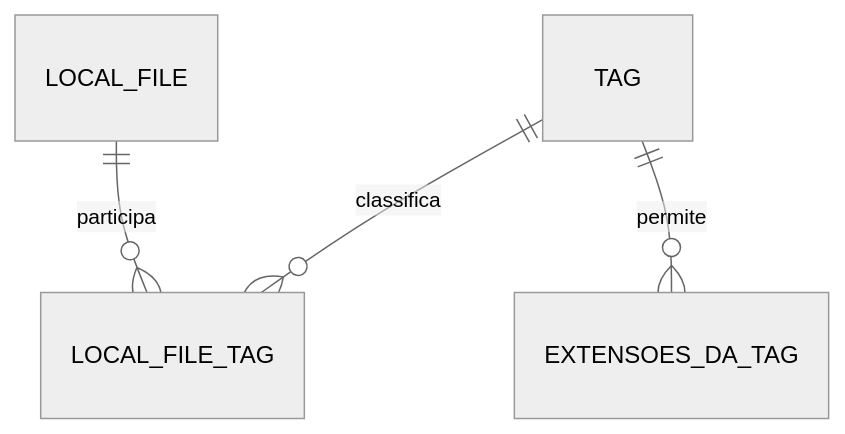
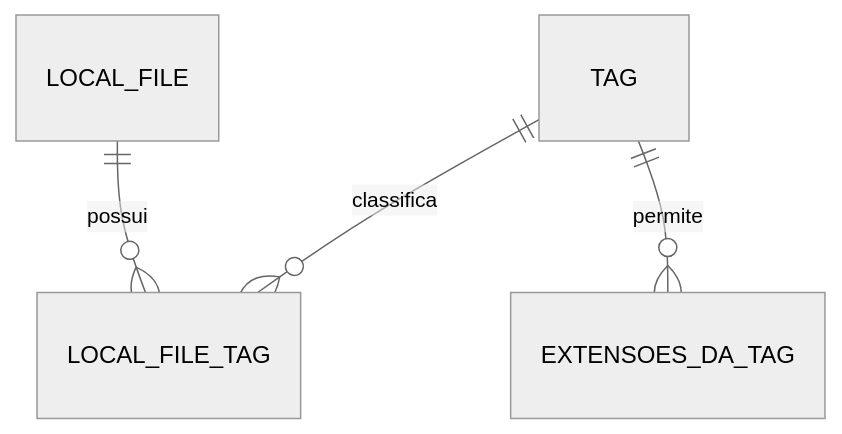
Before and after one commit to ARS1802/tag-file: the diagram in doc/banco-de-dados.md, drawn with Mermaid (neutral theme). The commit also changed other lines of this file and 53 other files, not shown here.

Commit message:
Added diagrams and cleaned docs.

````diff
--- a/doc/banco-de-dados.md
+++ b/doc/banco-de-dados.md
@@ -105,6 +48,6 @@
 ```mermaid
 erDiagram
-    LOCAL_FILE ||--o{ LOCAL_FILE_TAG : participa
+    LOCAL_FILE ||--o{ LOCAL_FILE_TAG : possui
     TAG ||--o{ LOCAL_FILE_TAG : classifica
     TAG ||--o{ EXTENSOES_DA_TAG : permite
 ```
````
